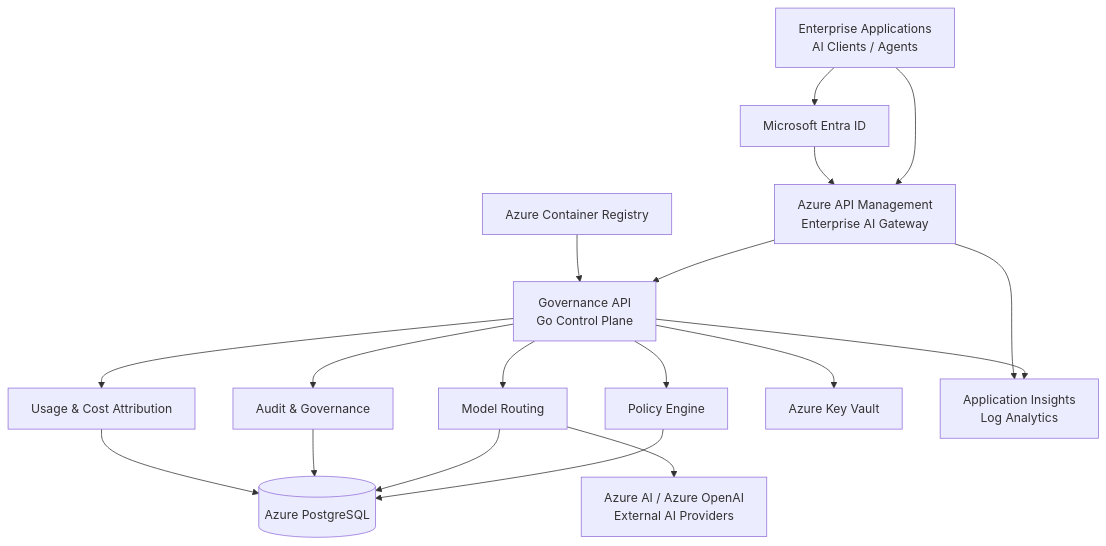
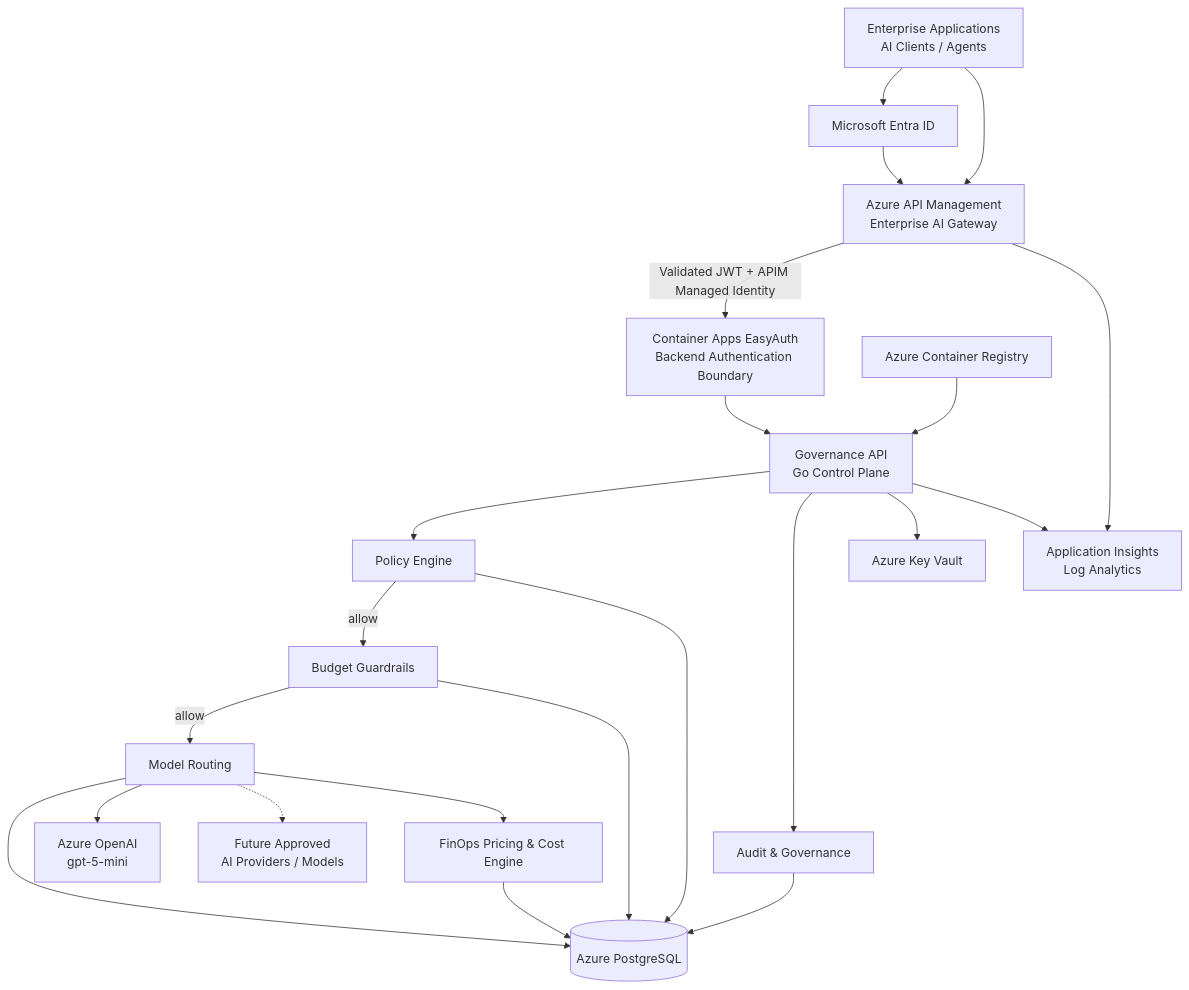
One commit to ValeriiTsoi/azure-ai-governance-gateway changed the first of 3 diagrams in README.md. Above: the diagram before and after it, drawn with Mermaid. The commit also changed other lines of this file and 2 other files, not shown here.

Commit message:
Document Stage 6 FinOps and budget guardrails

````diff
--- a/README.md
+++ b/README.md
@@ -37,47 +39,54 @@
 ```mermaid
 flowchart TB
 
     Client["Enterprise Applications<br/>AI Clients / Agents"]
 
     Entra["Microsoft Entra ID"]
     APIM["Azure API Management<br/>Enterprise AI Gateway"]
 
+    EasyAuth["Container Apps EasyAuth<br/>Backend Authentication Boundary"]
     Governance["Governance API<br/>Go Control Plane"]
 
     Policy["Policy Engine"]
+    Budget["Budget Guardrails"]
     Routing["Model Routing"]
+    FinOps["FinOps Pricing & Cost Engine"]
     Audit["Audit & Governance"]
-    Usage["Usage & Cost Attribution"]
 
     PostgreSQL[("Azure PostgreSQL")]
     KeyVault["Azure Key Vault"]
     ACR["Azure Container Registry"]
 
-    AI["Azure AI / Azure OpenAI<br/>External AI Providers"]
+    AOAI["Azure OpenAI<br/>gpt-5-mini"]
+    FutureAI["Future Approved<br/>AI Providers / Models"]
 
     Observability["Application Insights<br/>Log Analytics"]
 
     Client --> Entra
     Client --> APIM
     Entra --> APIM
 
-    APIM --> Governance
+    APIM -->|"Validated JWT + APIM Managed Identity"| EasyAuth
+    EasyAuth --> Governance
 
     Governance --> Policy
-    Governance --> Routing
-    Governance --> Audit
-    Governance --> Usage
+    Policy -->|"allow"| Budget
+    Budget -->|"allow"| Routing
 
     Policy --> PostgreSQL
+    Budget --> PostgreSQL
     Routing --> PostgreSQL
+    FinOps --> PostgreSQL
     Audit --> PostgreSQL
-    Usage --> PostgreSQL
 
-    Routing --> AI
+    Routing --> AOAI
+    Routing -.-> FutureAI
+    Routing --> FinOps
+    Governance --> Audit
 
     Governance --> KeyVault
     ACR --> Governance
 
     Governance --> Observability
     APIM --> Observability
 ```
````
